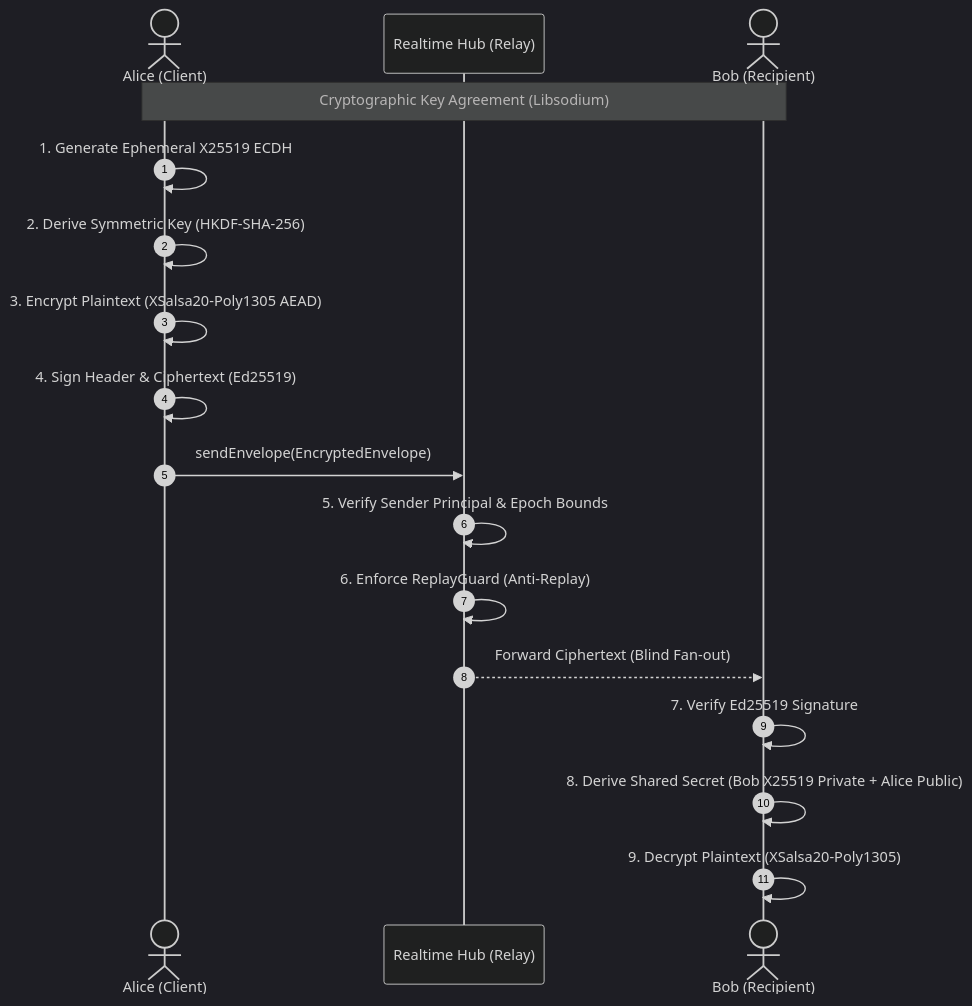
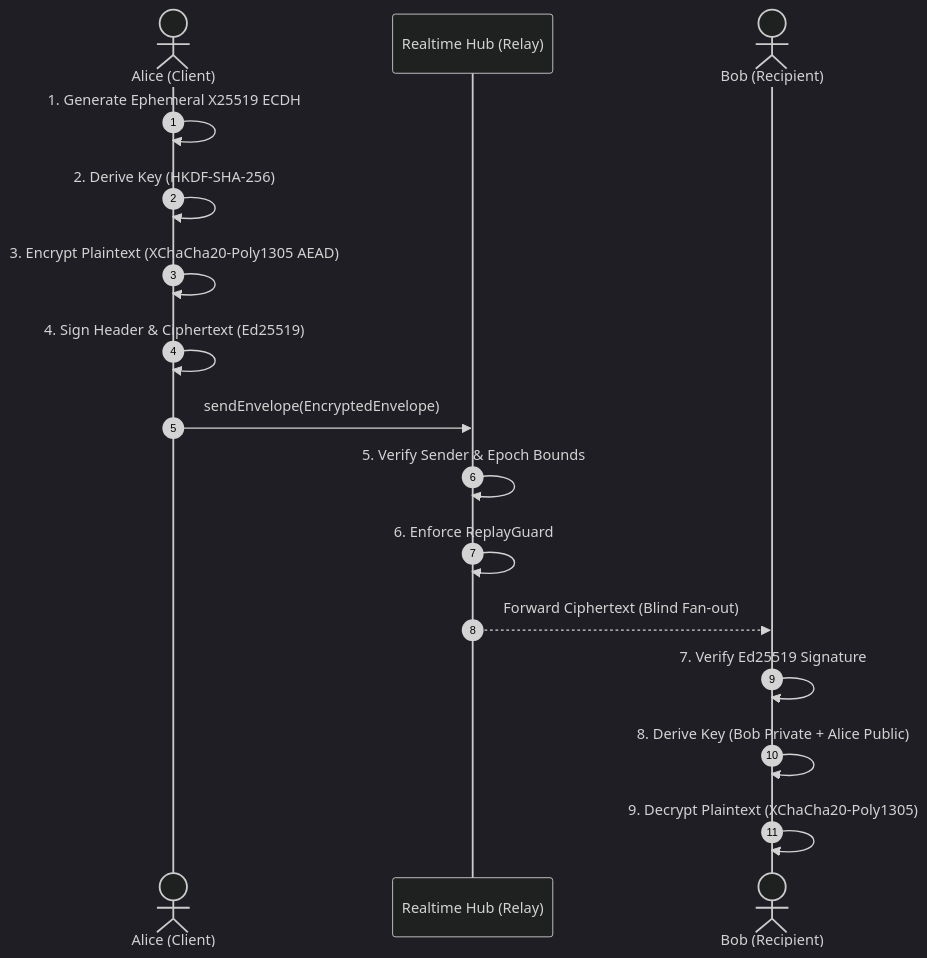
One commit to oneunitjs/realtime changed the seventh of 7 diagrams in ARCHITECTURE.md. Above: the diagram before and after it, drawn with Mermaid (dark theme). The commit also changed other lines of this file and 91 other files, not shown here.

First line of the commit message:
docs: update architecture, README, and core mechanisms for beta v1.0.0-beta

````diff
--- a/ARCHITECTURE.md
+++ b/ARCHITECTURE.md
@@ -692,20 +478,19 @@
 ```mermaid
 sequenceDiagram
     autonumber
     actor Alice as Alice (Client)
     participant Hub as Realtime Hub (Relay)
     actor Bob as Bob (Recipient)
 
-    Note over Alice,Bob: Cryptographic Key Agreement (Libsodium)
     Alice->>Alice: 1. Generate Ephemeral X25519 ECDH
-    Alice->>Alice: 2. Derive Symmetric Key (HKDF-SHA-256)
-    Alice->>Alice: 3. Encrypt Plaintext (XSalsa20-Poly1305 AEAD)
+    Alice->>Alice: 2. Derive Key (HKDF-SHA-256)
+    Alice->>Alice: 3. Encrypt Plaintext (XChaCha20-Poly1305 AEAD)
     Alice->>Alice: 4. Sign Header & Ciphertext (Ed25519)
     Alice->>Hub: sendEnvelope(EncryptedEnvelope)
-    Hub->>Hub: 5. Verify Sender Principal & Epoch Bounds
-    Hub->>Hub: 6. Enforce ReplayGuard (Anti-Replay)
+    Hub->>Hub: 5. Verify Sender & Epoch Bounds
+    Hub->>Hub: 6. Enforce ReplayGuard
     Hub-->>Bob: Forward Ciphertext (Blind Fan-out)
     Bob->>Bob: 7. Verify Ed25519 Signature
-    Bob->>Bob: 8. Derive Shared Secret (Bob X25519 Private + Alice Public)
-    Bob->>Bob: 9. Decrypt Plaintext (XSalsa20-Poly1305)
+    Bob->>Bob: 8. Derive Key (Bob Private + Alice Public)
+    Bob->>Bob: 9. Decrypt Plaintext (XChaCha20-Poly1305)
 ```
````
